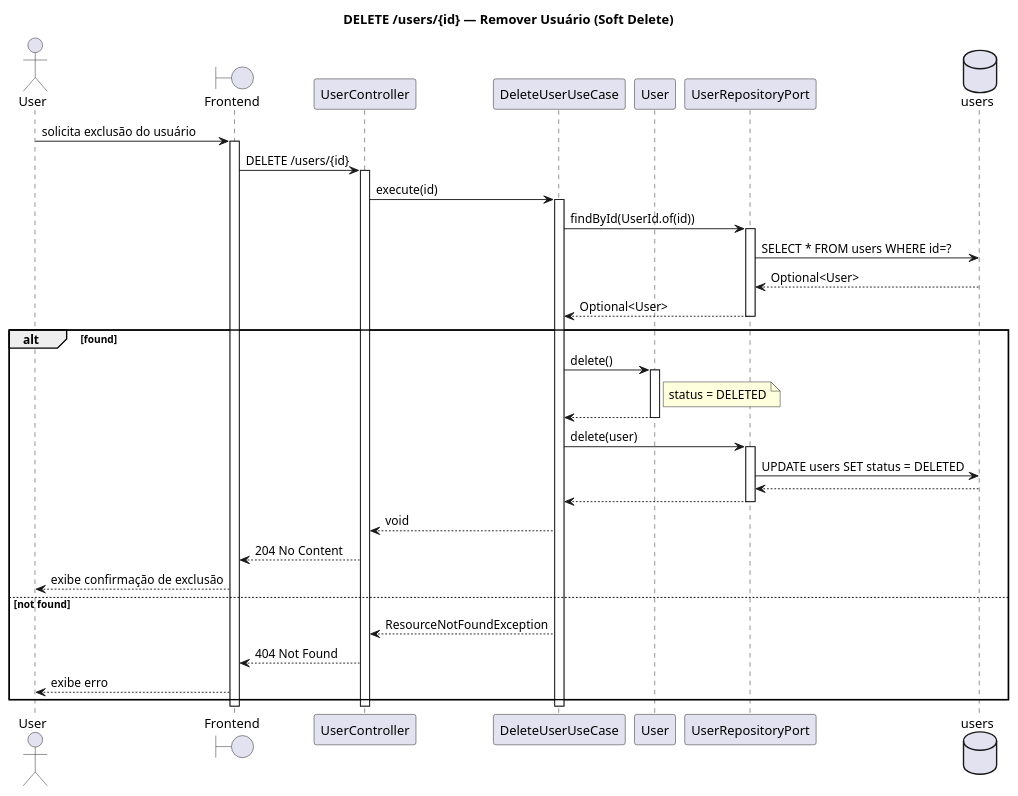
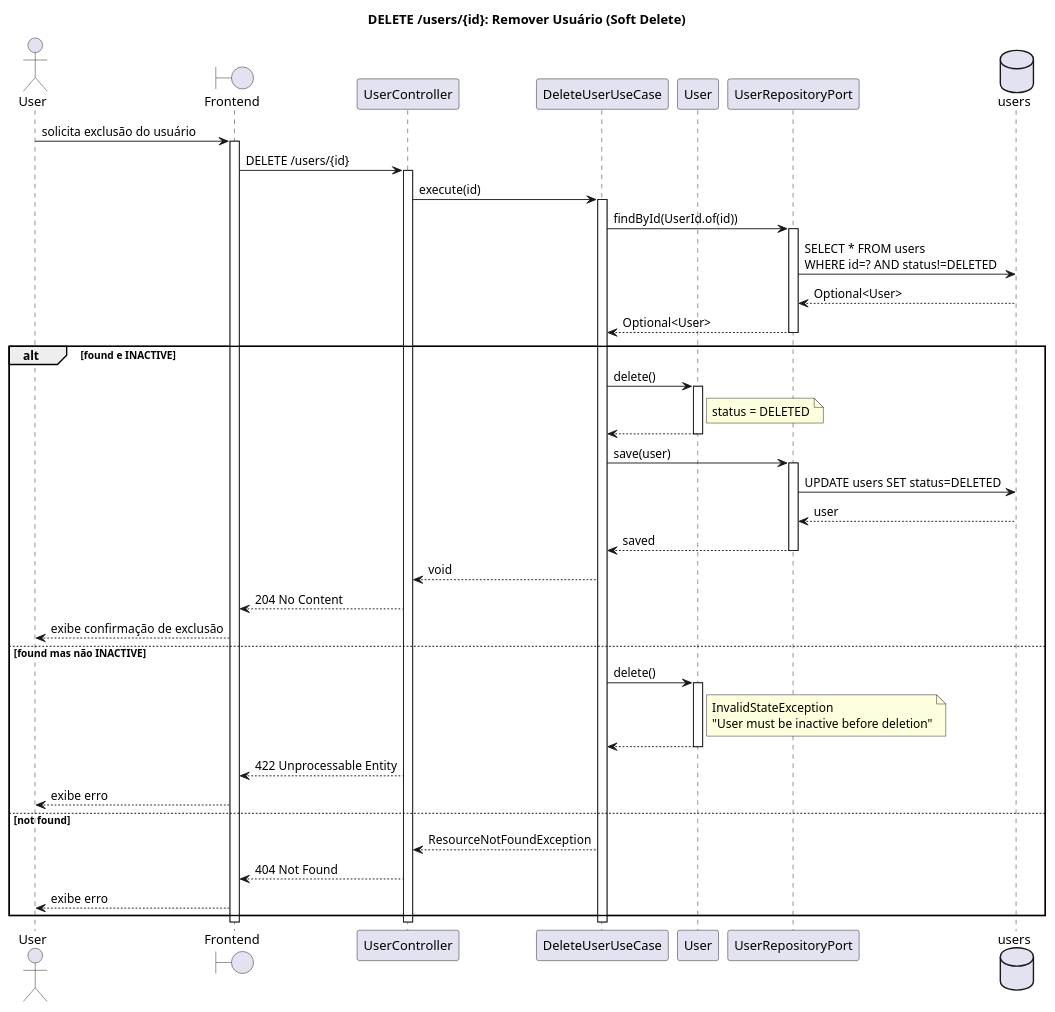
One commit to Neoguara/rooms-diagrams changed the diagram in src/plantuml/sequencia/user/delete_user.puml. Above: the diagram before and after it, drawn with PlantUML. The commit also changed 73 other files, not shown here.

```diff
--- a/src/plantuml/sequencia/user/delete_user.puml
+++ b/src/plantuml/sequencia/user/delete_user.puml
@@ -1,55 +1,63 @@
 @startuml delete_user
 
-title DELETE /users/{id} — Remover Usuário (Soft Delete)
+title DELETE /users/{id}: Remover Usuário (Soft Delete)
 
 actor User
 boundary "Frontend" as FE
 participant "UserController" as Ctrl
 participant "DeleteUserUseCase" as UC
 participant "User" as Entity
 participant "UserRepositoryPort" as Repo
 database "users" as DB
 
 User -> FE: solicita exclusão do usuário
 activate FE
 FE -> Ctrl: DELETE /users/{id}
 activate Ctrl
 
 Ctrl -> UC: execute(id)
 activate UC
 
 UC -> Repo: findById(UserId.of(id))
 activate Repo
-Repo -> DB: SELECT * FROM users WHERE id=?
+Repo -> DB: SELECT * FROM users\nWHERE id=? AND status!=DELETED
 DB --> Repo: Optional<User>
 Repo --> UC: Optional<User>
 deactivate Repo
 
-alt found
+alt found e INACTIVE
   UC -> Entity: delete()
   activate Entity
   note right of Entity: status = DELETED
   Entity --> UC:
   deactivate Entity
 
-  UC -> Repo: delete(user)
+  UC -> Repo: save(user)
   activate Repo
-  Repo -> DB: UPDATE users SET status = DELETED
-  DB --> Repo:
-  Repo --> UC:
+  Repo -> DB: UPDATE users SET status=DELETED
+  DB --> Repo: user
+  Repo --> UC: saved
   deactivate Repo
 
   UC --> Ctrl: void
   Ctrl --> FE: 204 No Content
   FE --> User: exibe confirmação de exclusão
+else found mas não INACTIVE
+  UC -> Entity: delete()
+  activate Entity
+  note right of Entity: InvalidStateException\n"User must be inactive before deletion"
+  Entity --> UC:
+  deactivate Entity
+  Ctrl --> FE: 422 Unprocessable Entity
+  FE --> User: exibe erro
 else not found
   UC --> Ctrl: ResourceNotFoundException
   Ctrl --> FE: 404 Not Found
   FE --> User: exibe erro
 end
 
 deactivate UC
 deactivate Ctrl
 deactivate FE
 
 @enduml
```
